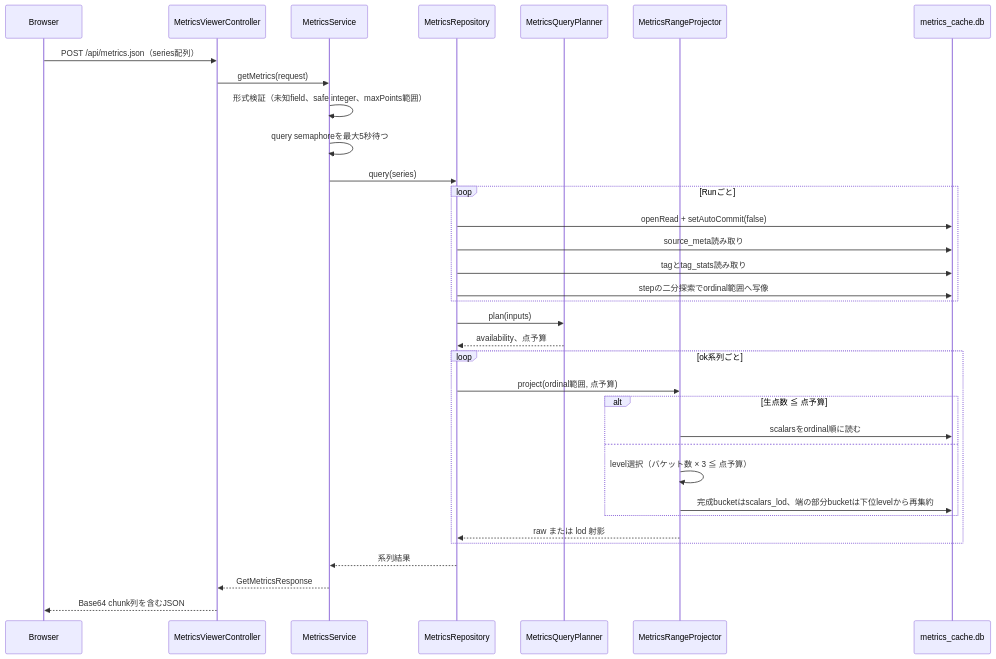
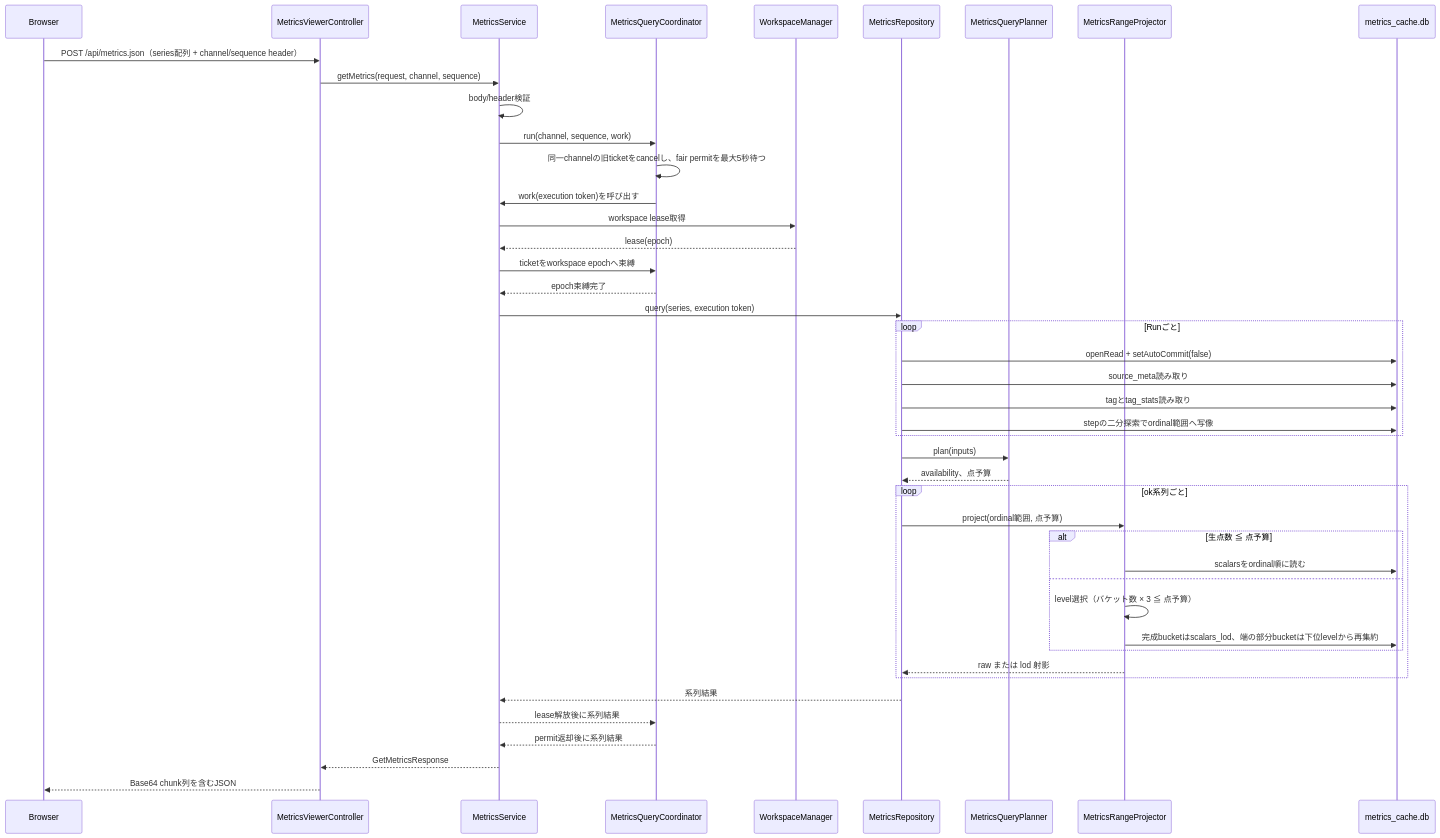
Before and after one commit to kazukin123/anet-lab: the fourth of 5 diagrams in docs/design/210_metrics_viewer.jp.md, drawn with Mermaid. The commit also changed other lines of this file and 24 other files, not shown here.

````diff
--- a/docs/design/210_metrics_viewer.jp.md
+++ b/docs/design/210_metrics_viewer.jp.md
@@ -421,37 +426,47 @@
 ```mermaid
 sequenceDiagram
     participant B as Browser
     participant C as MetricsViewerController
     participant S as MetricsService
+    participant Q as MetricsQueryCoordinator
+    participant W as WorkspaceManager
     participant R as MetricsRepository
     participant P as MetricsQueryPlanner
     participant J as MetricsRangeProjector
     participant D as metrics_cache.db
 
-    B->>C: POST /api/metrics.json（series配列）
-    C->>S: getMetrics(request)
-    S->>S: 形式検証（未知field、safe integer、maxPoints範囲）
-    S->>S: query semaphoreを最大5秒待つ
-    S->>R: query(series)
+    B->>C: POST /api/metrics.json（series配列 + channel/sequence header）
+    C->>S: getMetrics(request, channel, sequence)
+    S->>S: body/header検証
+    S->>Q: run(channel, sequence, work)
+    Q->>Q: 同一channelの旧ticketをcancelし、fair permitを最大5秒待つ
+    Q->>S: work(execution token)を呼び出す
+    S->>W: workspace lease取得
+    W-->>S: lease(epoch)
+    S->>Q: ticketをworkspace epochへ束縛
+    Q-->>S: epoch束縛完了
+    S->>R: query(series, execution token)
     loop Runごと
         R->>D: openRead + setAutoCommit(false)
         R->>D: source_meta読み取り
         R->>D: tagとtag_stats読み取り
         R->>D: stepの二分探索でordinal範囲へ写像
     end
     R->>P: plan(inputs)
     P-->>R: availability、点予算
     loop ok系列ごと
         R->>J: project(ordinal範囲, 点予算)
         alt 生点数 ≦ 点予算
             J->>D: scalarsをordinal順に読む
         else
             J->>J: level選択（バケット数 × 3 ≦ 点予算）
             J->>D: 完成bucketはscalars_lod、端の部分bucketは下位levelから再集約
         end
         J-->>R: raw または lod 射影
     end
     R-->>S: 系列結果
+    S-->>Q: lease解放後に系列結果
+    Q-->>S: permit返却後に系列結果
     S-->>C: GetMetricsResponse
     C-->>B: Base64 chunk列を含むJSON
 ```
````
